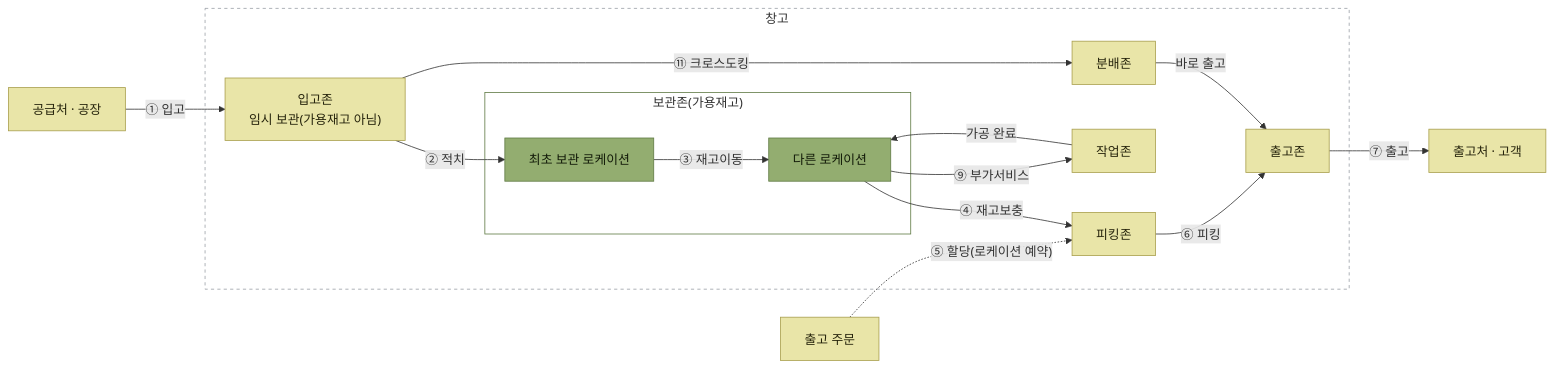
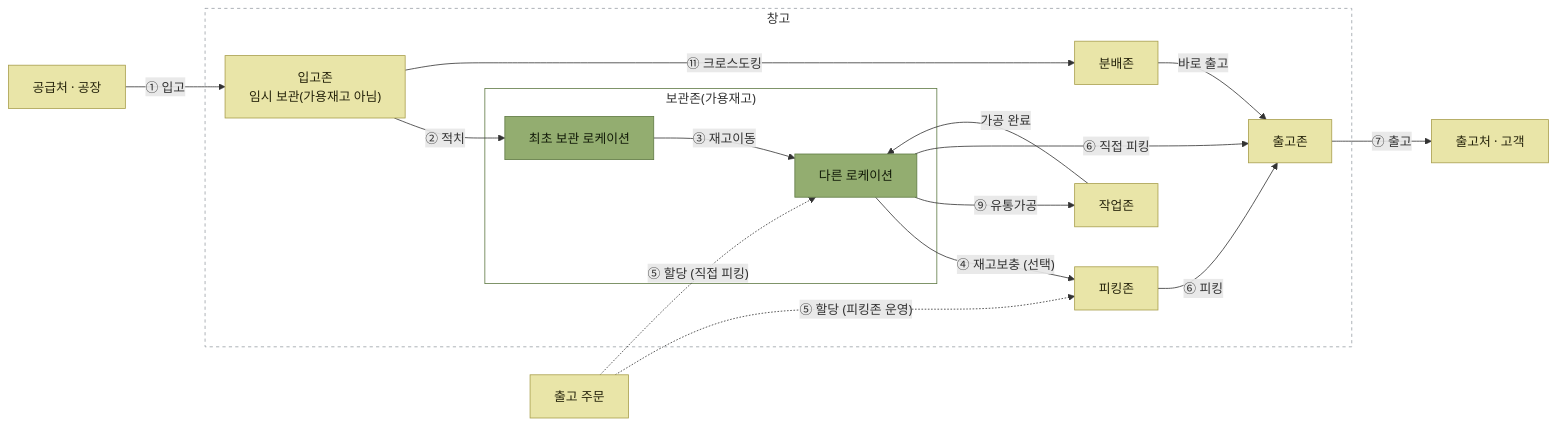
The diagram in books/wms-원리와-이해/2-wms-주요-프로세스/README.md (devholic22/logistics-backend-study), drawn with Mermaid before and after one commit. The commit also changed other lines of this file and 3 other files, not shown here.

````diff
--- a/books/wms-원리와-이해/2-wms-주요-프로세스/README.md
+++ b/books/wms-원리와-이해/2-wms-주요-프로세스/README.md
@@ -7,36 +7,38 @@
 ```mermaid
 flowchart LR
     SUP["공급처 · 공장"]
     ORD["출고 주문"]
     subgraph WH["창고"]
         RCV["입고존<br/>임시 보관(가용재고 아님)"]
         subgraph STOZ["보관존(가용재고)"]
             L1["최초 보관 로케이션"]
             L2["다른 로케이션"]
         end
         WRK["작업존"]
         PCK["피킹존"]
         DST["분배존"]
         SHP["출고존"]
     end
     CUS["출고처 · 고객"]
 
     SUP -- "① 입고" --> RCV
     RCV -- "② 적치" --> L1
     L1 -- "③ 재고이동" --> L2
-    L2 -- "④ 재고보충" --> PCK
-    L2 -- "⑨ 부가서비스" --> WRK
+    L2 -- "④ 재고보충 (선택)" --> PCK
+    L2 -- "⑨ 유통가공" --> WRK
     WRK -- "가공 완료" --> L2
-    ORD -. "⑤ 할당(로케이션 예약)" .-> PCK
+    ORD -. "⑤ 할당 (피킹존 운영)" .-> PCK
+    ORD -. "⑤ 할당 (직접 피킹)" .-> L2
+    L2 -- "⑥ 직접 피킹" --> SHP
     PCK -- "⑥ 피킹" --> SHP
     SHP -- "⑦ 출고" --> CUS
     RCV -- "⑪ 크로스도킹" --> DST
     DST -- "바로 출고" --> SHP
 
     classDef zone fill:#e9e5a8,stroke:#a99f4d,color:#26240c
     classDef core fill:#93ad70,stroke:#5f7a44,color:#121a08
     class SUP,ORD,CUS,RCV,PCK,SHP,WRK,DST zone
     class L1,L2 core
     style STOZ fill:none,stroke:#5f7a44
     style WH fill:none,stroke:#9aa0a6,stroke-dasharray: 4 4
 ```
````
